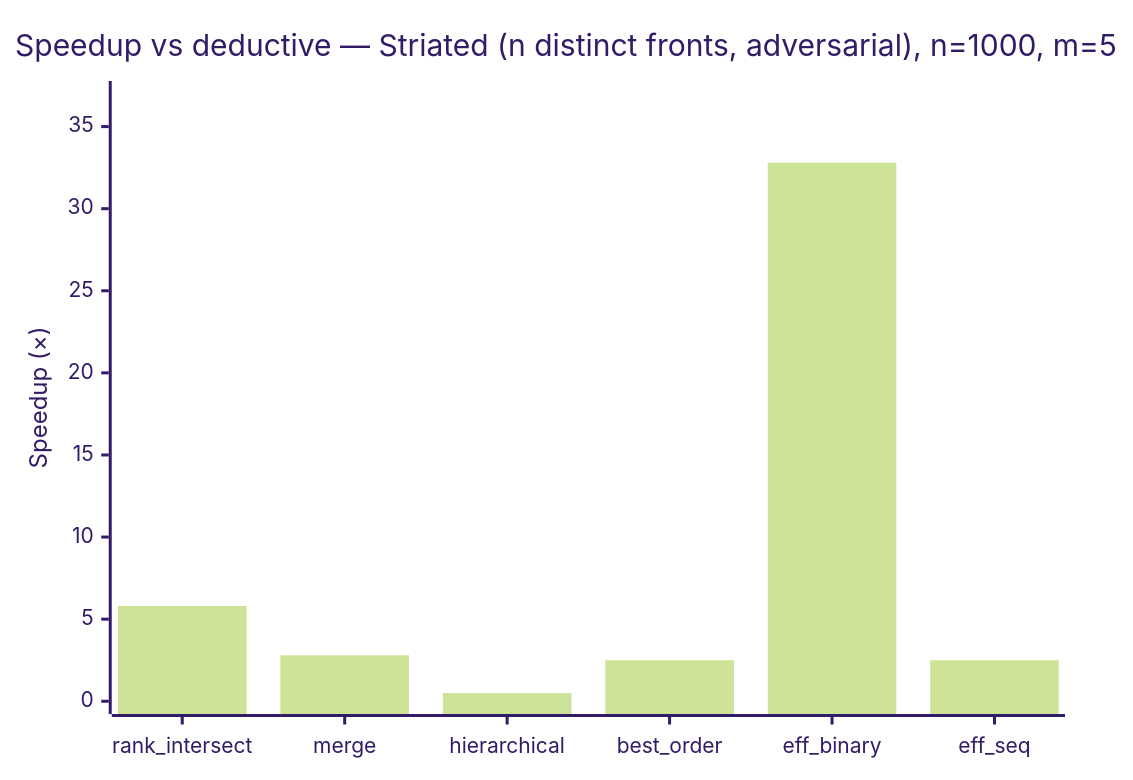
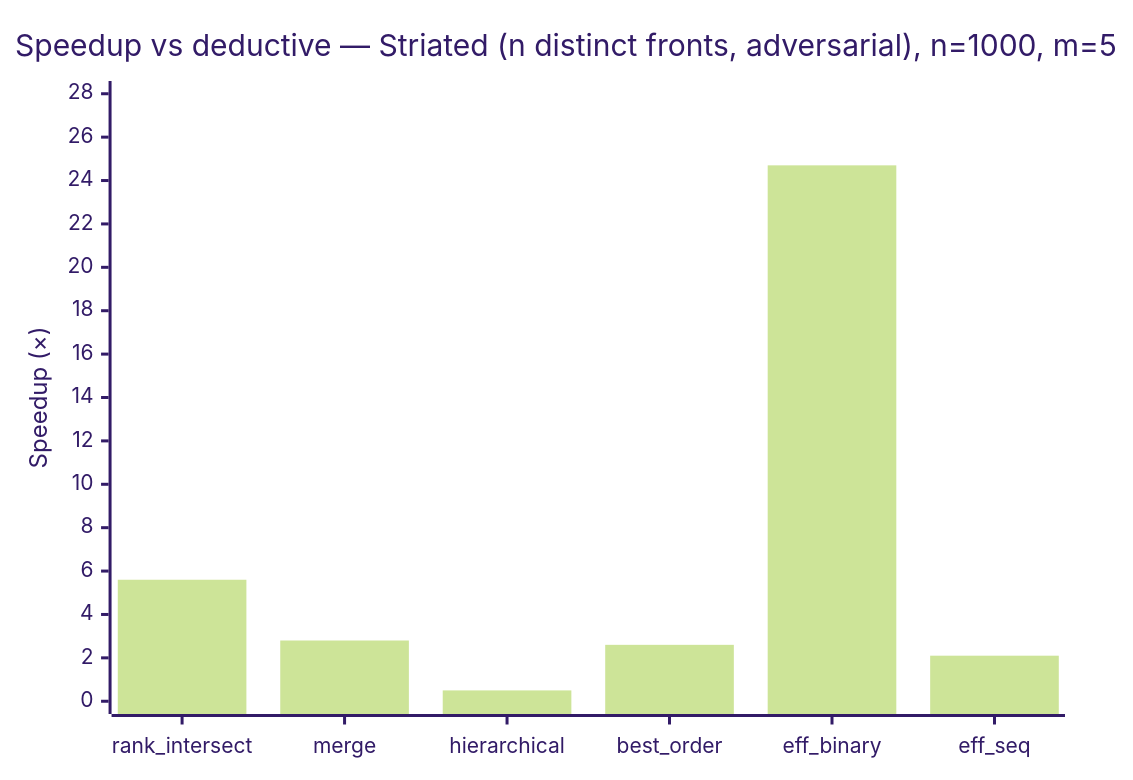
One commit to foolnotion/ndsort changed the fourth of 8 diagrams in BENCHMARKS.md. Above: the diagram before and after it, drawn with Mermaid (forest theme). The commit also changed other lines of this file and 13 other files, not shown here.

````diff
--- a/BENCHMARKS.md
+++ b/BENCHMARKS.md
@@ -120,7 +120,7 @@
 ```mermaid
 xychart-beta
     title "Speedup vs deductive — Striated (n distinct fronts, adversarial), n=1000, m=5"
     x-axis ["rank_intersect", "merge", "hierarchical", "best_order", "eff_binary", "eff_seq"]
-    y-axis "Speedup (×)" 0 --> 37
-    bar [5.8, 2.8, 0.5, 2.5, 32.8, 2.5]
+    y-axis "Speedup (×)" 0 --> 28
+    bar [5.6, 2.8, 0.5, 2.6, 24.7, 2.1]
 ```
````
